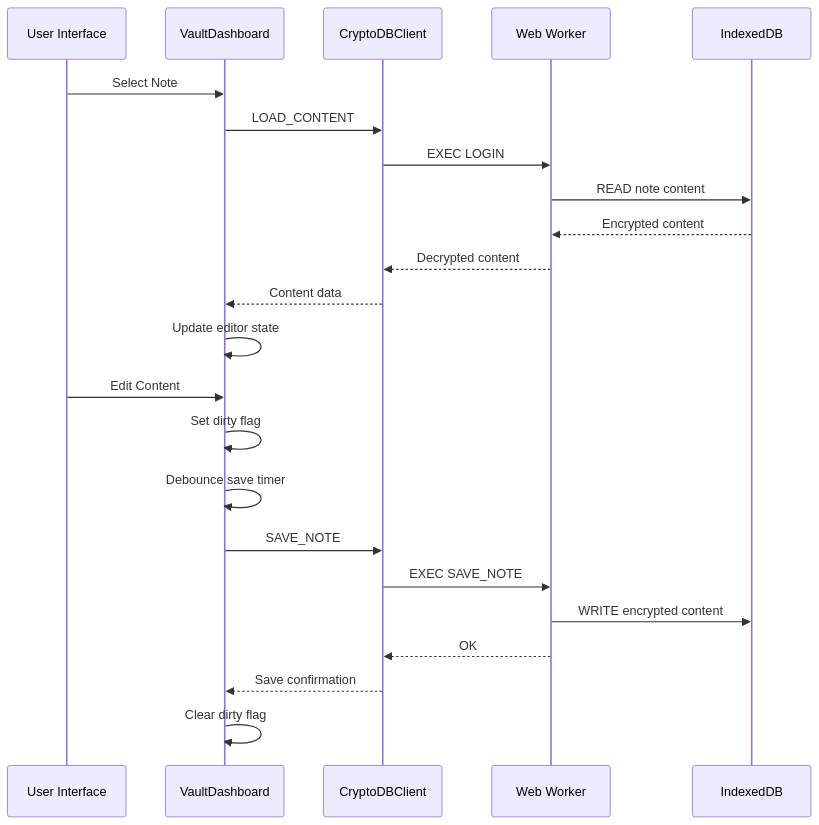
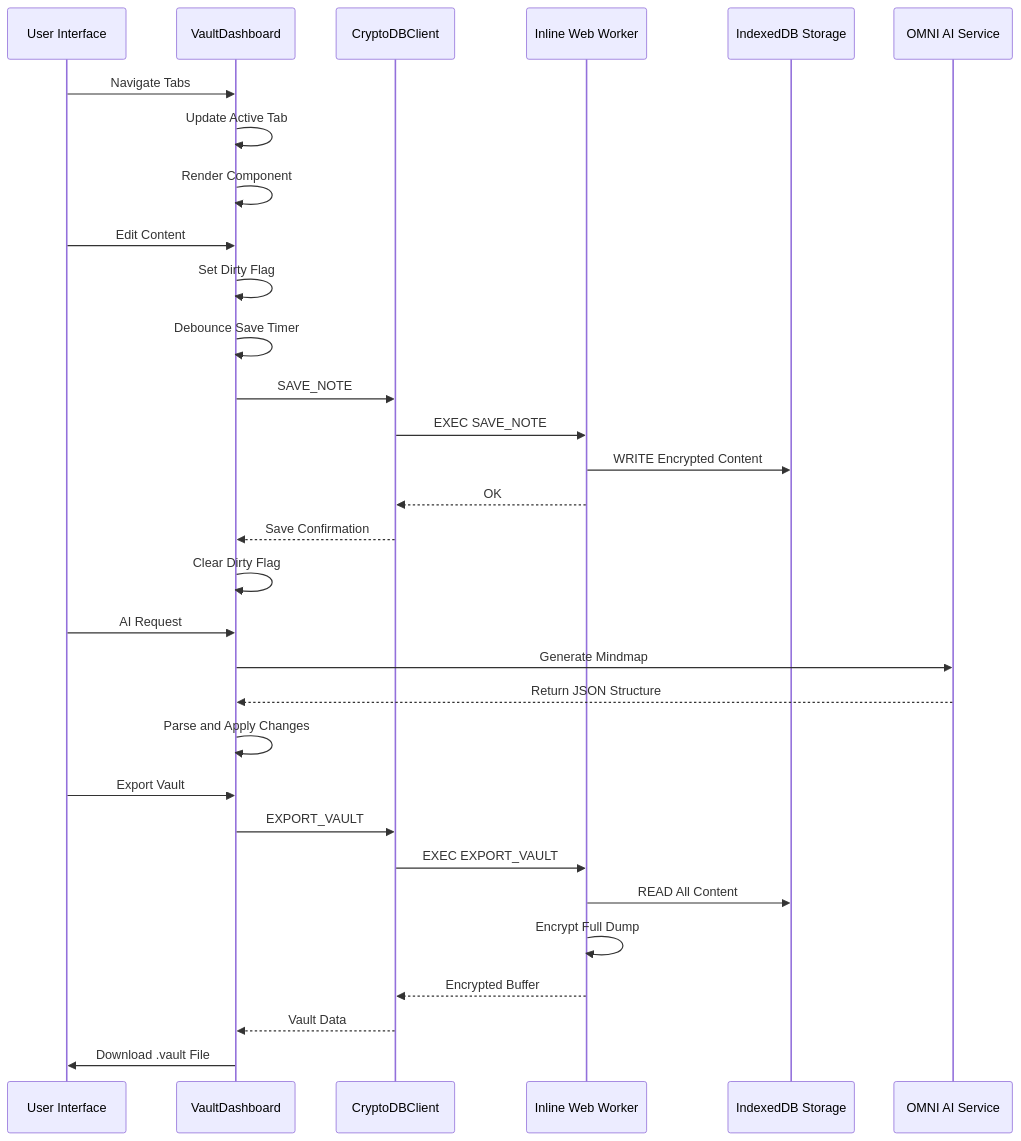
Before and after one commit to andreihicatilooo-droid/OMNI-TODO: the second of 5 diagrams in .qoder/repowiki/en/content/User Interface Components/Vault Dashboard Component.md, drawn with Mermaid. The commit also changed other lines of this file and 19 other files, not shown here.

First line of the commit message:
docs(vault-dashboard): rewrite documentation and update architecture overview

````diff
--- a/.qoder/repowiki/en/content/User Interface Components/Vault Dashboard Component.md
+++ b/.qoder/repowiki/en/content/User Interface Components/Vault Dashboard Component.md
@@ -96,25 +136,33 @@
 ```mermaid
 sequenceDiagram
 participant User as User Interface
 participant Dashboard as VaultDashboard
 participant Client as CryptoDBClient
-participant Worker as Web Worker
-participant Storage as IndexedDB
-User->>Dashboard : Select Note
-Dashboard->>Client : LOAD_CONTENT
-Client->>Worker : EXEC LOGIN
-Worker->>Storage : READ note content
-Storage-->>Worker : Encrypted content
-Worker-->>Client : Decrypted content
-Client-->>Dashboard : Content data
-Dashboard->>Dashboard : Update editor state
+participant Worker as Inline Web Worker
+participant IndexedDB as IndexedDB Storage
+participant AI as OMNI AI Service
+User->>Dashboard : Navigate Tabs
+Dashboard->>Dashboard : Update Active Tab
+Dashboard->>Dashboard : Render Component
 User->>Dashboard : Edit Content
-Dashboard->>Dashboard : Set dirty flag
-Dashboard->>Dashboard : Debounce save timer
+Dashboard->>Dashboard : Set Dirty Flag
+Dashboard->>Dashboard : Debounce Save Timer
 Dashboard->>Client : SAVE_NOTE
 Client->>Worker : EXEC SAVE_NOTE
-Worker->>Storage : WRITE encrypted content
+Worker->>IndexedDB : WRITE Encrypted Content
 Worker-->>Client : OK
-Client-->>Dashboard : Save confirmation
-Dashboard->>Dashboard : Clear dirty flag
+Client-->>Dashboard : Save Confirmation
+Dashboard->>Dashboard : Clear Dirty Flag
+User->>Dashboard : AI Request
+Dashboard->>AI : Generate Mindmap
+AI-->>Dashboard : Return JSON Structure
+Dashboard->>Dashboard : Parse and Apply Changes
+User->>Dashboard : Export Vault
+Dashboard->>Client : EXPORT_VAULT
+Client->>Worker : EXEC EXPORT_VAULT
+Worker->>IndexedDB : READ All Content
+Worker->>Worker : Encrypt Full Dump
+Worker-->>Client : Encrypted Buffer
+Client-->>Dashboard : Vault Data
+Dashboard->>User : Download .vault File
 ```
````
